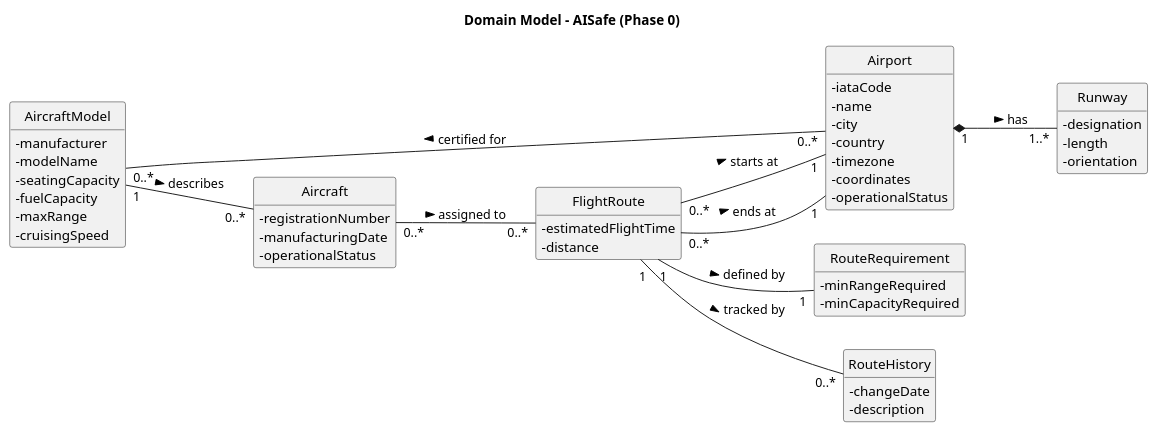
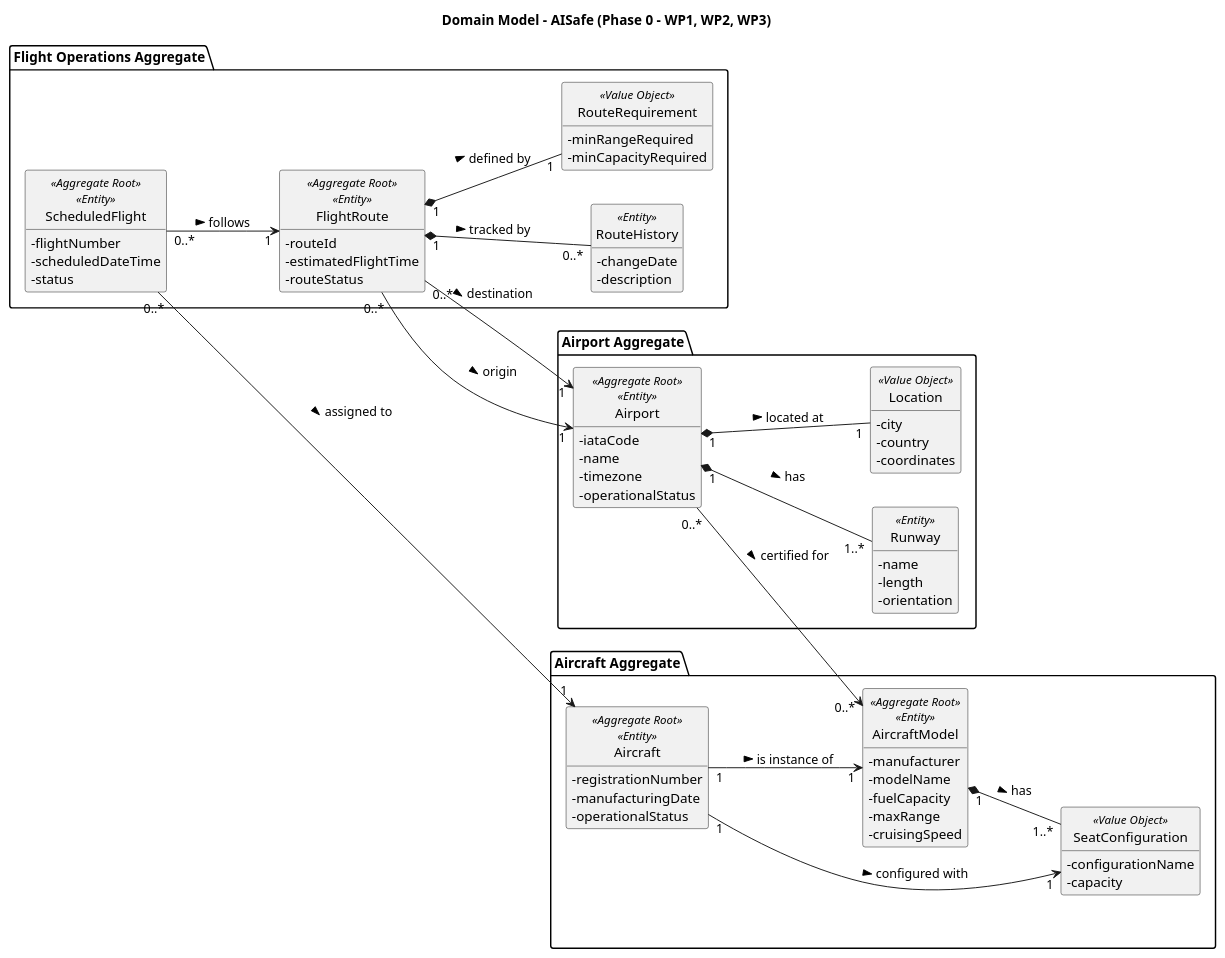
One commit to Andre-1240567/psoft2026_2DB_1240567_1241013_1240624 changed the diagram in docs/system-documentation/global-artifacts/puml/DM.puml. Above: the diagram before and after it, drawn with PlantUML.

Commit message:
refactor: update domain model (WP1-WP3)

```diff
--- a/docs/system-documentation/global-artifacts/puml/DM.puml
+++ b/docs/system-documentation/global-artifacts/puml/DM.puml
@@ -1,73 +1,97 @@
 @startuml DM
-title Domain Model - AISafe (Phase 0)
+title Domain Model - AISafe (Phase 0 - WP1, WP2, WP3)
 
 skinparam classAttributeIconSize 0
 hide circle
 hide methods
 
 left to right direction
 
-' --- CLASSES ---
+' --- AIRCRAFT AGGREGATE ---
+package "Aircraft Aggregate" {
+    class AircraftModel <<Aggregate Root>> <<Entity>> {
+        - manufacturer
+        - modelName
+        - fuelCapacity
+        - maxRange
+        - cruisingSpeed
+    }
 
-class AircraftModel {
-    - manufacturer
-    - modelName
-    - seatingCapacity
-    - fuelCapacity
-    - maxRange
-    - cruisingSpeed
+    class SeatConfiguration <<Value Object>> {
+        - configurationName
+        - capacity
+    }
+
+    class Aircraft <<Aggregate Root>> <<Entity>> {
+        - registrationNumber
+        - manufacturingDate
+        - operationalStatus
+    }
+
+    AircraftModel "1" *-- "1..*" SeatConfiguration : has >
+    Aircraft "1" --> "1" AircraftModel : is instance of >
+    Aircraft "1" --> "1" SeatConfiguration : configured with >
 }
 
-class Aircraft {
-    - registrationNumber
-    - manufacturingDate
-    - operationalStatus
+' --- AIRPORT AGGREGATE ---
+package "Airport Aggregate" {
+    class Airport <<Aggregate Root>> <<Entity>> {
+        - iataCode
+        - name
+        - timezone
+        - operationalStatus
+    }
+
+    class Location <<Value Object>> {
+        - city
+        - country
+        - coordinates
+    }
+
+    class Runway <<Entity>> {
+        - name
+        - length
+        - orientation
+    }
+
+    Airport "1" *-- "1" Location : located at >
+    Airport "1" *-- "1..*" Runway : has >
 }
 
-class Airport {
-    - iataCode
-    - name
-    - city
-    - country
-    - timezone
-    - coordinates
-    - operationalStatus
+' --- FLIGHT OPERATIONS AGGREGATE ---
+package "Flight Operations Aggregate" {
+    class FlightRoute <<Aggregate Root>> <<Entity>> {
+        - routeId
+        - estimatedFlightTime
+        - routeStatus
+    }
+
+    class RouteRequirement <<Value Object>> {
+        - minRangeRequired
+        - minCapacityRequired
+    }
+
+    class RouteHistory <<Entity>> {
+        - changeDate
+        - description
+    }
+
+    class ScheduledFlight <<Aggregate Root>> <<Entity>> {
+        - flightNumber
+        - scheduledDateTime
+        - status
+    }
+
+    FlightRoute "1" *-- "1" RouteRequirement : defined by >
+    FlightRoute "1" *-- "0..*" RouteHistory : tracked by >
+
+    ScheduledFlight "0..*" --> "1" FlightRoute : follows >
+    ScheduledFlight "0..*" --> "1" Aircraft : assigned to >
 }
 
-class Runway {
-    - designation
-    - length
-    - orientation
-}
-
-class FlightRoute {
-    - estimatedFlightTime
-    - distance
-}
-
-class RouteRequirement {
-    - minRangeRequired
-    - minCapacityRequired
-}
-
-class RouteHistory {
-    - changeDate
-    - description
-}
-
-' --- RELATIONS ---
-
-AircraftModel "1" -- "0..*" Aircraft : describes >
-
-Airport "1" *-- "1..*" Runway : has >
-Airport "0..*" -- "0..*" AircraftModel : certified for >
-
-FlightRoute "0..*" -- "1" Airport : starts at >
-FlightRoute "0..*" -- "1" Airport : ends at >
-FlightRoute "1" -- "1" RouteRequirement : defined by >
-FlightRoute "1" -- "0..*" RouteHistory : tracked by >
-
-' A logic connection to link Aircraft to Routes in the future
-Aircraft "0..*" -- "0..*" FlightRoute : assigned to >
+' --- EXTERNAL AGGREGATE RELATIONS ---
+Airport "0..*" --> "0..*" AircraftModel : certified for >
+FlightRoute "0..*" --> "1" Airport : origin >
+FlightRoute "0..*" --> "1" Airport : destination >
 
 @enduml
```
